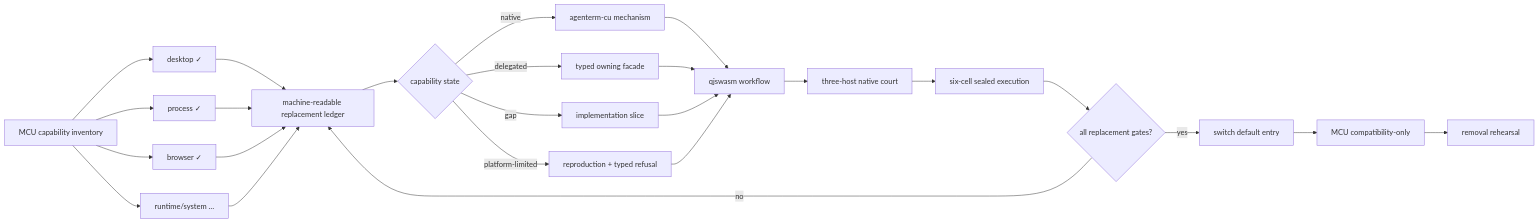
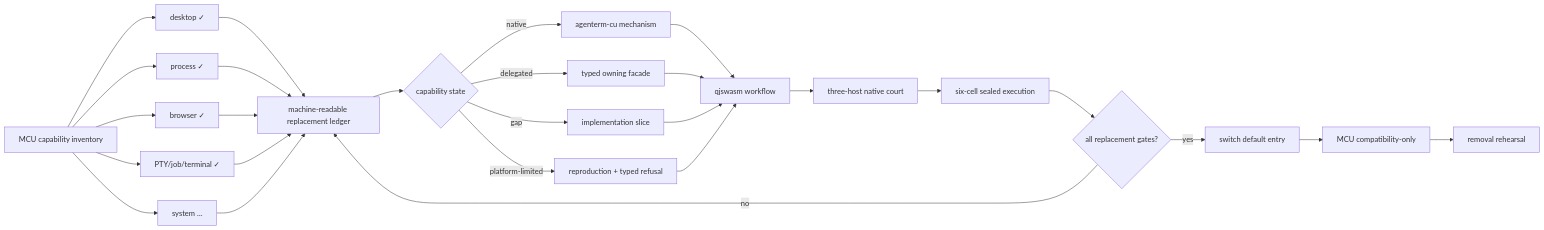
Before and after one commit to partnernetsoftware/agenterm: the diagram in plan/goal-acu-replaces-mcu.md, drawn with Mermaid. The commit also changed other lines of this file and 2 other files, not shown here.

Commit message:
plan(cu): classify pty job terminal surface

````diff
--- a/plan/goal-acu-replaces-mcu.md
+++ b/plan/goal-acu-replaces-mcu.md
@@ -61,22 +61,22 @@
 ```mermaid
 flowchart LR
   M["MCU capability inventory"]
-  M --> DESK["desktop ✓"] & PROC["process ✓"] & BROW["browser ✓"] & REST["runtime/system …"]
-  DESK & PROC & BROW & REST --> L["machine-readable replacement ledger"]
+  M --> DESK["desktop ✓"] & PROC["process ✓"] & BROW["browser ✓"] & PTY["PTY/job/terminal ✓"] & REST["system …"]
+  DESK & PROC & BROW & PTY & REST --> L["machine-readable replacement ledger"]
   L --> C{"capability state"}
   C -->|native| CU["agenterm-cu mechanism"]
   C -->|delegated| F["typed owning facade"]
   C -->|gap| I["implementation slice"]
   C -->|platform-limited| P["reproduction + typed refusal"]
   CU --> Q["qjswasm workflow"]
   F --> Q
   I --> Q
   P --> Q
   Q --> H["three-host native court"]
   H --> S["six-cell sealed execution"]
   S --> D{"all replacement gates?"}
   D -->|no| L
   D -->|yes| R["switch default entry"]
   R --> X["MCU compatibility-only"]
   X --> Z["removal rehearsal"]
 ```
````
